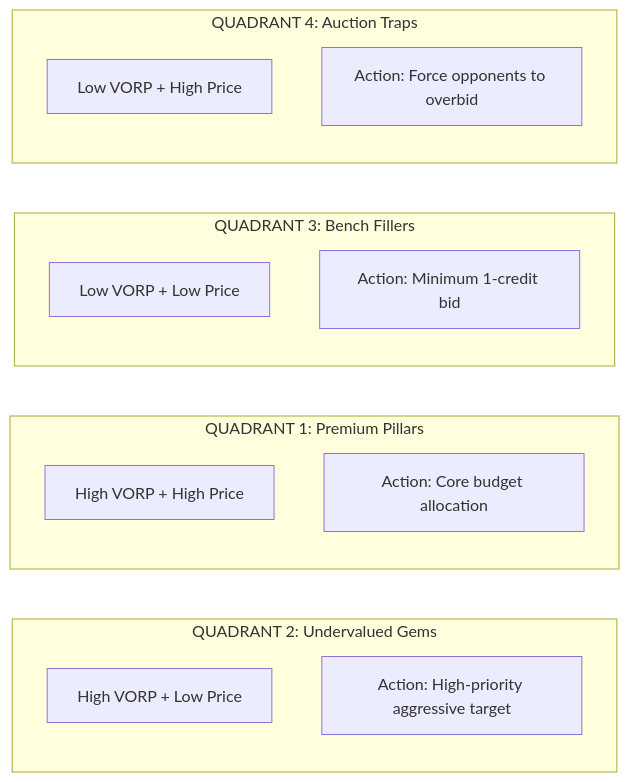
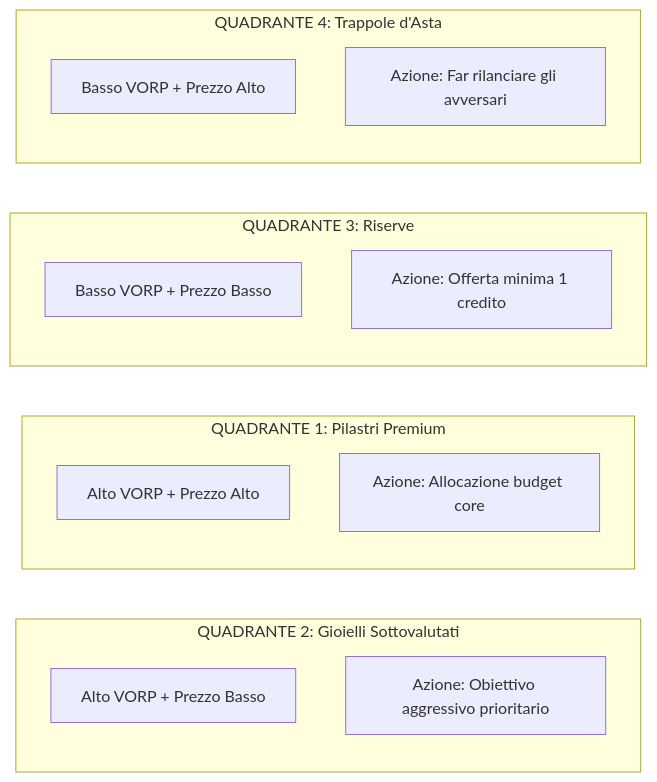
The third of 3 diagrams in README.md (spectrelabo/fantaofficina), drawn with Mermaid before and after one commit. The commit also changed other lines of this file and 1 other file, not shown here.

````diff
--- a/README.md
+++ b/README.md
@@ -253,22 +259,22 @@
 ```mermaid
 flowchart LR
-    subgraph Q2_Box ["QUADRANT 2: Undervalued Gems"]
-        Q2_T["High VORP + Low Price"]
-        Q2_A["Action: High-priority aggressive target"]
+    subgraph Q2_Box ["QUADRANTE 2: Gioielli Sottovalutati"]
+        Q2_T["Alto VORP + Prezzo Basso"]
+        Q2_A["Azione: Obiettivo aggressivo prioritario"]
     end
 
-    subgraph Q1_Box ["QUADRANT 1: Premium Pillars"]
-        Q1_T["High VORP + High Price"]
-        Q1_A["Action: Core budget allocation"]
+    subgraph Q1_Box ["QUADRANTE 1: Pilastri Premium"]
+        Q1_T["Alto VORP + Prezzo Alto"]
+        Q1_A["Azione: Allocazione budget core"]
     end
 
-    subgraph Q3_Box ["QUADRANT 3: Bench Fillers"]
-        Q3_T["Low VORP + Low Price"]
-        Q3_A["Action: Minimum 1-credit bid"]
+    subgraph Q3_Box ["QUADRANTE 3: Riserve"]
+        Q3_T["Basso VORP + Prezzo Basso"]
+        Q3_A["Azione: Offerta minima 1 credito"]
     end
 
-    subgraph Q4_Box ["QUADRANT 4: Auction Traps"]
-        Q4_T["Low VORP + High Price"]
-        Q4_A["Action: Force opponents to overbid"]
+    subgraph Q4_Box ["QUADRANTE 4: Trappole d'Asta"]
+        Q4_T["Basso VORP + Prezzo Alto"]
+        Q4_A["Azione: Far rilanciare gli avversari"]
     end
 ```
````
